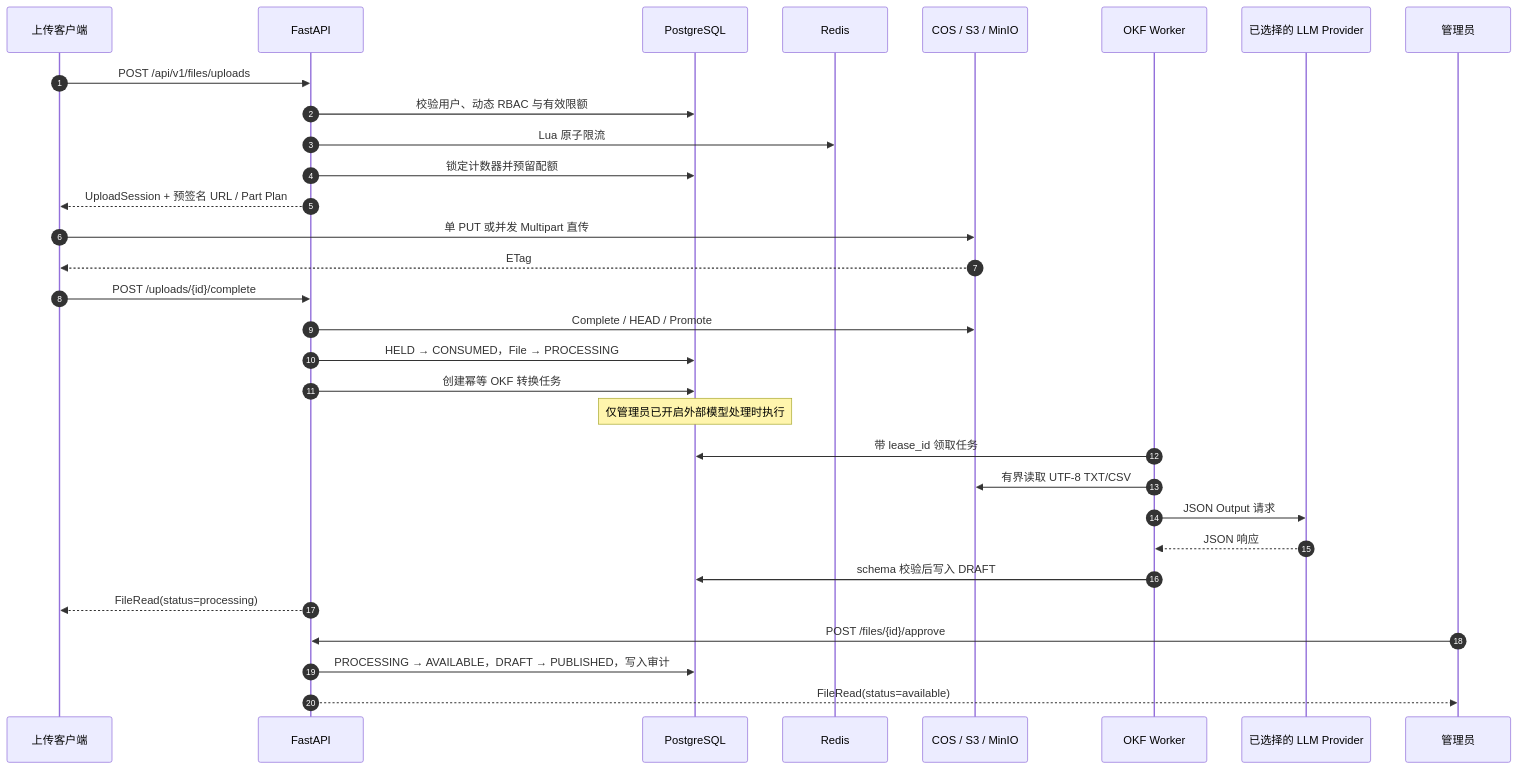
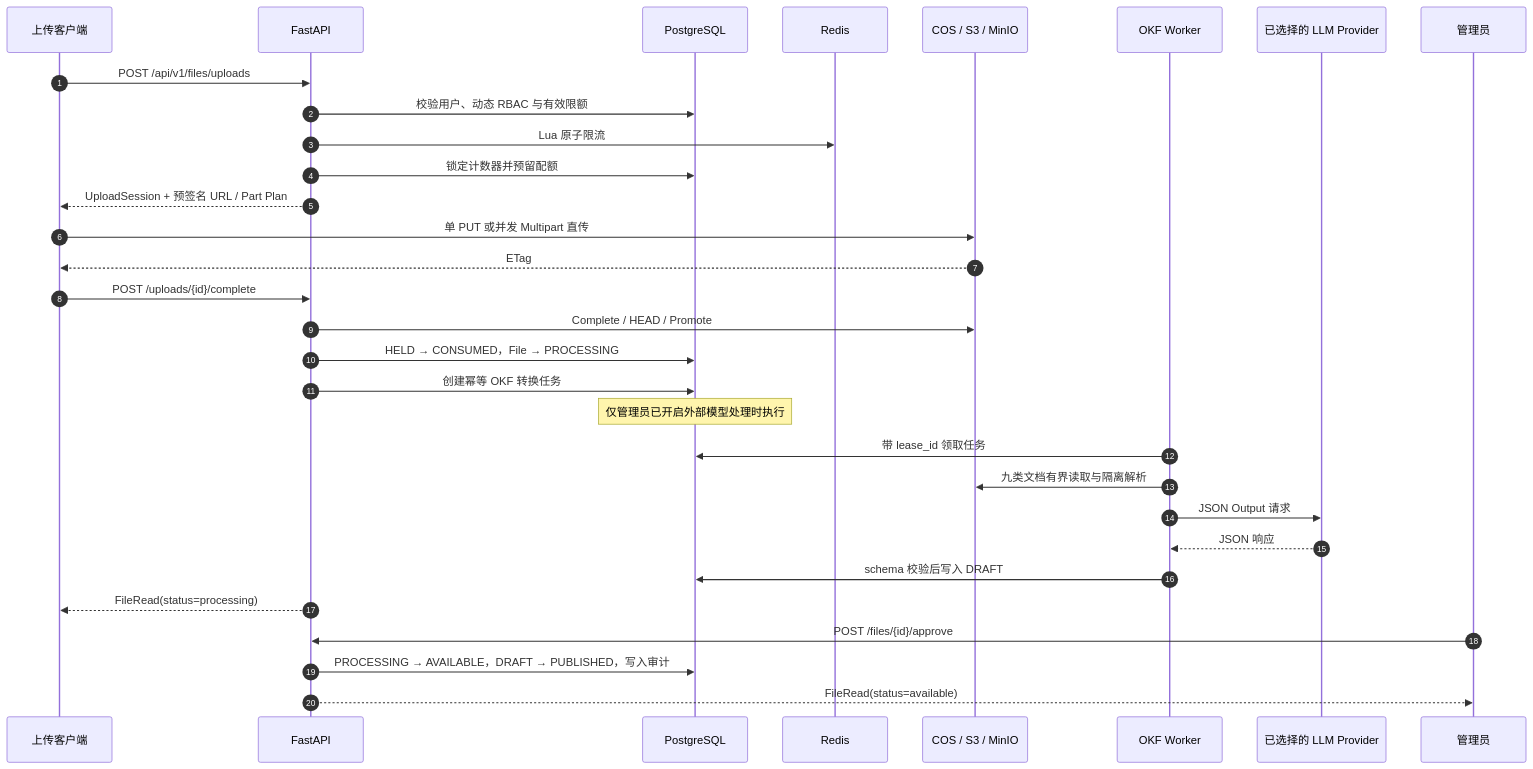
One commit to SuperGokou/knowledgebases changed the second of 3 diagrams in README.md. Above: the diagram before and after it, drawn with Mermaid. The commit also changed other lines of this file and 189 other files, not shown here.

````diff
--- a/README.md
+++ b/README.md
@@ -130,34 +133,34 @@
 ```mermaid
 sequenceDiagram
     autonumber
     participant C as 上传客户端
     participant A as FastAPI
     participant D as PostgreSQL
     participant R as Redis
     participant O as COS / S3 / MinIO
     participant W as OKF Worker
     participant L as 已选择的 LLM Provider
     participant M as 管理员
 
     C->>A: POST /api/v1/files/uploads
     A->>D: 校验用户、动态 RBAC 与有效限额
     A->>R: Lua 原子限流
     A->>D: 锁定计数器并预留配额
     A-->>C: UploadSession + 预签名 URL / Part Plan
     C->>O: 单 PUT 或并发 Multipart 直传
     O-->>C: ETag
     C->>A: POST /uploads/{id}/complete
     A->>O: Complete / HEAD / Promote
     A->>D: HELD → CONSUMED，File → PROCESSING
     A->>D: 创建幂等 OKF 转换任务
     Note over D: 仅管理员已开启外部模型处理时执行
     W->>D: 带 lease_id 领取任务
-    W->>O: 有界读取 UTF-8 TXT/CSV
+    W->>O: 九类文档有界读取与隔离解析
     W->>L: JSON Output 请求
     L-->>W: JSON 响应
     W->>D: schema 校验后写入 DRAFT
     A-->>C: FileRead(status=processing)
     M->>A: POST /files/{id}/approve
     A->>D: PROCESSING → AVAILABLE，DRAFT → PUBLISHED，写入审计
     A-->>M: FileRead(status=available)
 ```
````
